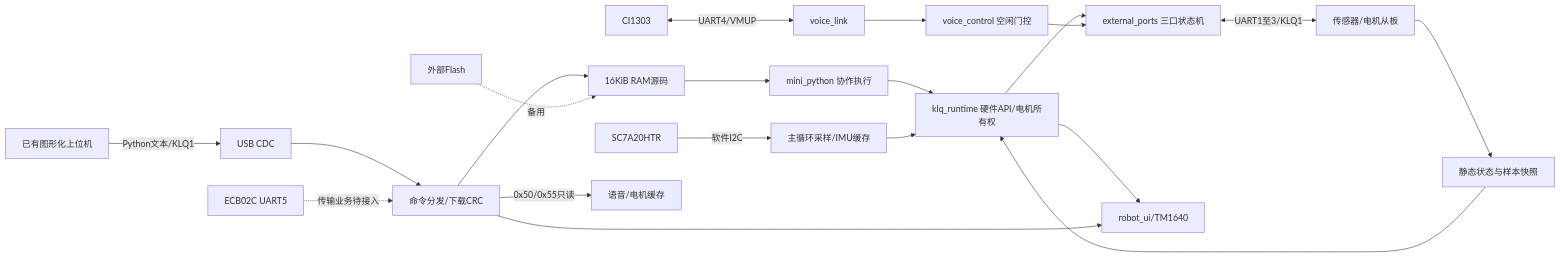
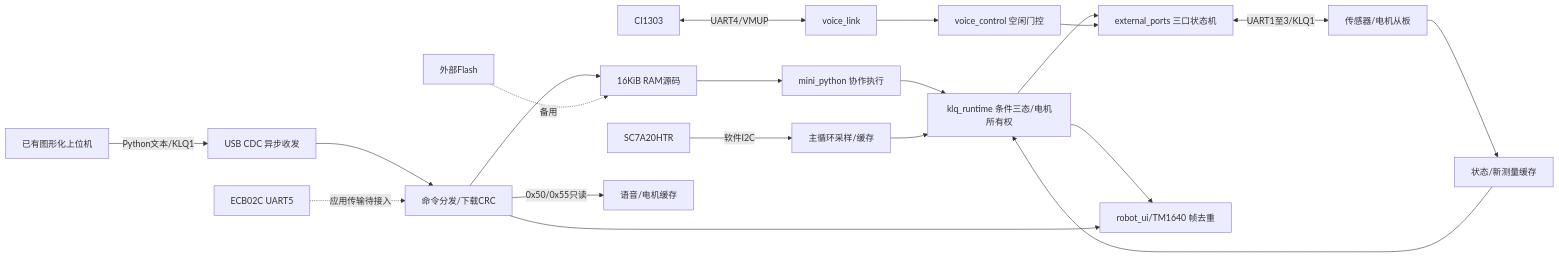
Before and after one commit to msl1831/KLQ_V2: the diagram in docs/architecture_current.md, drawn with Mermaid. The commit also changed other lines of this file and 50 other files, not shown here.

Commit message:
Optimize standalone runtime, USB scheduling and fault recovery for 0.14

````diff
--- a/docs/architecture_current.md
+++ b/docs/architecture_current.md
@@ -12,22 +14,22 @@
 ```mermaid
 flowchart LR
-    PC[已有图形化上位机] -->|Python文本/KLQ1| USB[USB CDC]
+    PC[已有图形化上位机] -->|Python文本/KLQ1| USB[USB CDC 异步收发]
     USB --> CMD[命令分发/下载CRC]
     CMD --> RAM[16KiB RAM源码]
     RAM --> VM[mini_python 协作执行]
-    VM --> RT[klq_runtime 硬件API/电机所有权]
+    VM --> RT[klq_runtime 条件三态/电机所有权]
     RT --> PORT[external_ports 三口状态机]
     PORT <-->|UART1至3/KLQ1| EXT[传感器/电机从板]
-    EXT --> CACHE[静态状态与样本快照]
+    EXT --> CACHE[状态/新测量缓存]
     CACHE --> RT
-    ACC[SC7A20HTR] -->|软件I2C| IMU[主循环采样/IMU缓存]
+    ACC[SC7A20HTR] -->|软件I2C| IMU[主循环采样/缓存]
     IMU --> RT
     CI[CI1303] <-->|UART4/VMUP| VL[voice_link]
     VL --> VC[voice_control 空闲门控]
     VC --> PORT
-    RT --> UI[robot_ui/TM1640]
+    RT --> UI[robot_ui/TM1640 帧去重]
     CMD --> UI
     CMD -->|0x50/0x55只读| SNAP[语音/电机缓存]
-    BLE[ECB02C UART5] -.->|传输业务待接入| CMD
+    BLE[ECB02C UART5] -.->|应用传输待接入| CMD
     SPI[外部Flash] -.->|备用| RAM
 ```
````
